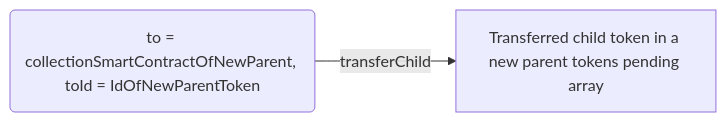
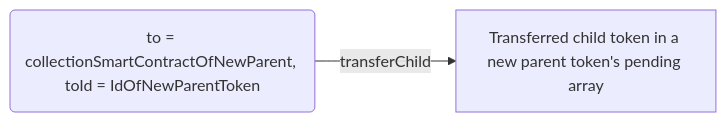
The sixth of 6 diagrams in README.md (rmrk-team/NestingEIP), drawn with Mermaid before and after one commit.

Commit message:
Minor text fix in the Rationale

````diff
--- a/README.md
+++ b/README.md
@@ -483,4 +483,4 @@
 ```mermaid
 graph LR
-    A(to = collectionSmartContractOfNewParent, toId = IdOfNewParentToken) -->|transferChild| B[Transferred child token in a new parent tokens pending array]
+    A(to = collectionSmartContractOfNewParent, toId = IdOfNewParentToken) -->|transferChild| B[Transferred child token in a new parent token's pending array]
 ```
````
